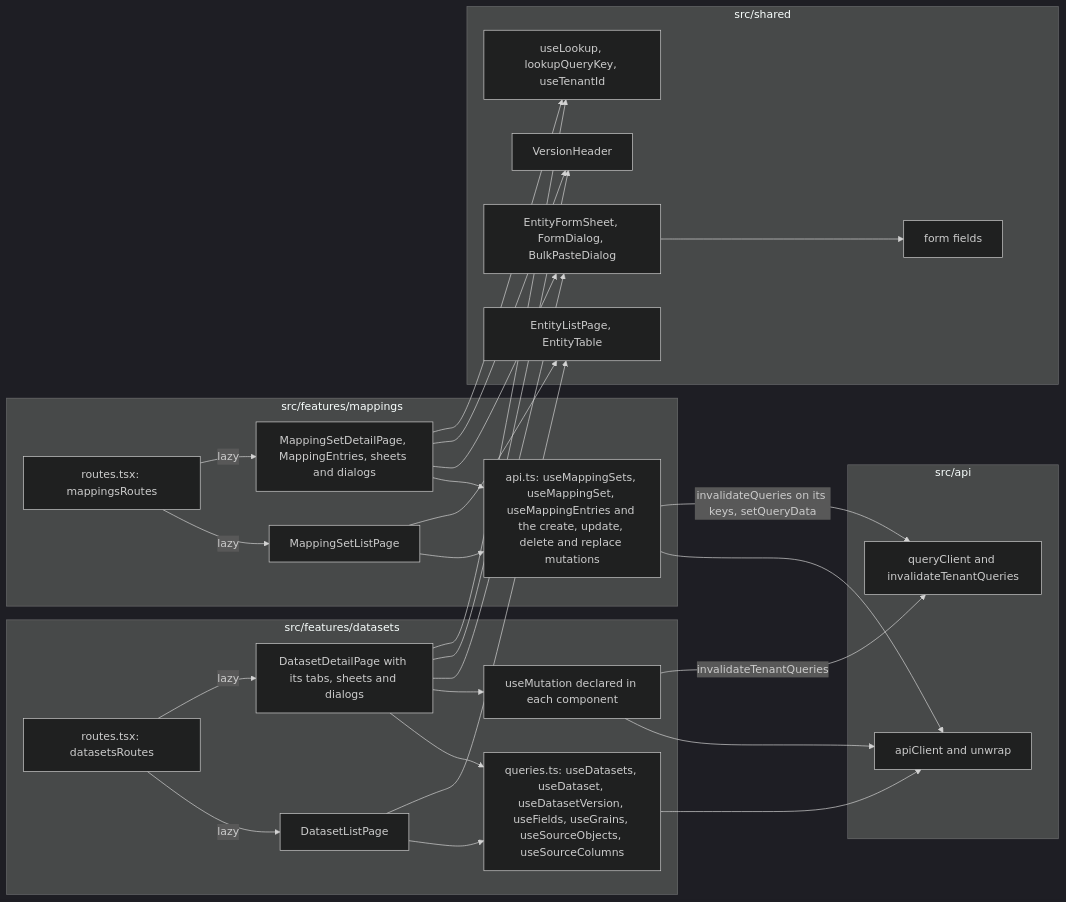
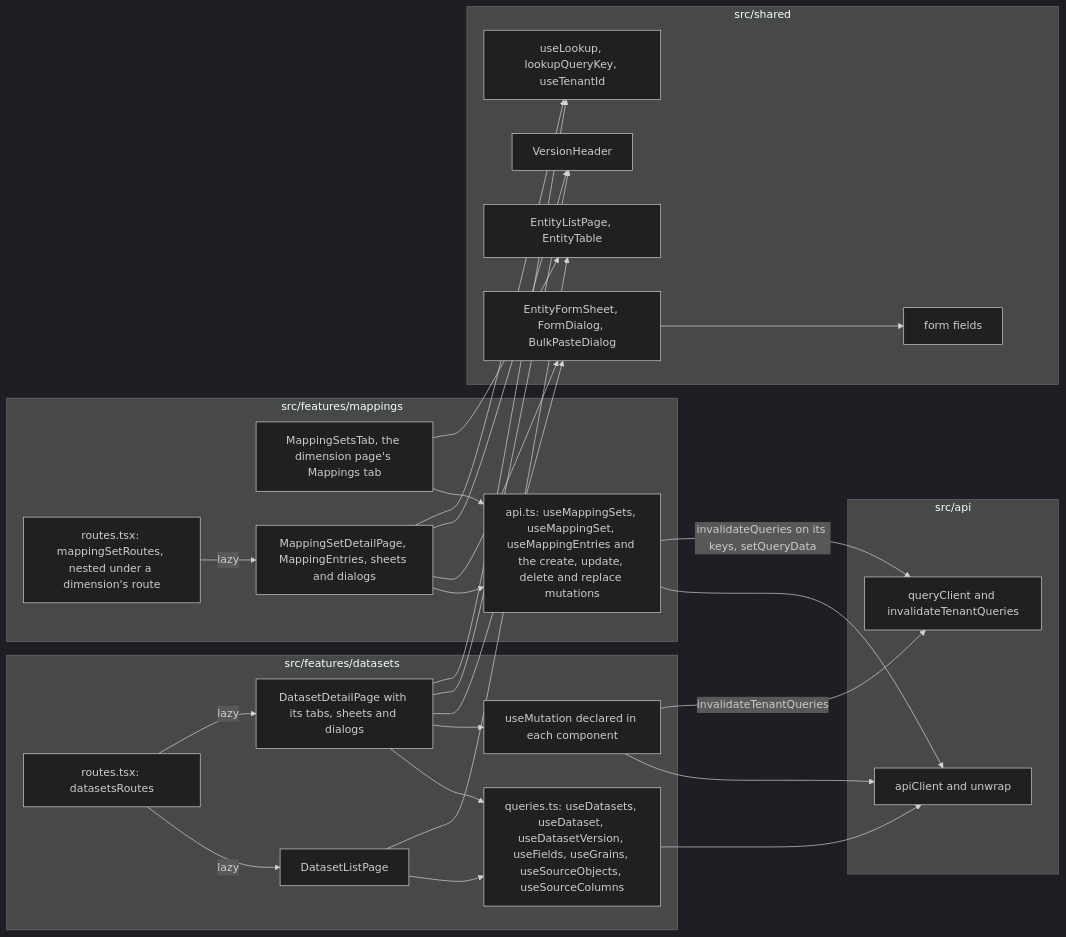
The fifth of 6 diagrams in web/docs/architecture/02-composition.md (chrisaliotta/Quantalytix.QueryEngine.Admin), drawn with Mermaid (dark theme) before and after one commit. The commit also changed other lines of this file and 42 other files, not shown here.

First line of the commit message:
feat: enhance API documentation and architecture for dimensions, mappings, and bridges

````diff
--- a/web/docs/architecture/02-composition.md
+++ b/web/docs/architecture/02-composition.md
@@ -171,50 +172,49 @@
 ```mermaid
 flowchart LR
     subgraph datasetsFeature ["src/features/datasets"]
         DatasetsRoutes["routes.tsx: datasetsRoutes"]
         DatasetList["DatasetListPage"]
         DatasetDetail["DatasetDetailPage with its tabs, sheets and dialogs"]
         DatasetQueries["queries.ts: useDatasets, useDataset, useDatasetVersion, useFields, useGrains, useSourceObjects, useSourceColumns"]
         InlineMutations["useMutation declared in each component"]
     end
     subgraph mappingsFeature ["src/features/mappings"]
-        MappingsRoutes["routes.tsx: mappingsRoutes"]
-        MappingList["MappingSetListPage"]
+        MappingsRoutes["routes.tsx: mappingSetRoutes, nested under a dimension's route"]
+        MappingList["MappingSetsTab, the dimension page's Mappings tab"]
         MappingDetail["MappingSetDetailPage, MappingEntries, sheets and dialogs"]
         MappingApi["api.ts: useMappingSets, useMappingSet, useMappingEntries and the create, update, delete and replace mutations"]
     end
     subgraph sharedBlocks ["src/shared"]
         ListBlocks["EntityListPage, EntityTable"]
         FormBlocks["EntityFormSheet, FormDialog, BulkPasteDialog"]
         VersionBlock["VersionHeader"]
         Fields["form fields"]
         SharedHooks["useLookup, lookupQueryKey, useTenantId"]
     end
     subgraph apiLayer ["src/api"]
         Client["apiClient and unwrap"]
         Cache["queryClient and invalidateTenantQueries"]
     end
     DatasetsRoutes -->|"lazy"| DatasetList
     DatasetsRoutes -->|"lazy"| DatasetDetail
     DatasetList --> DatasetQueries
     DatasetDetail --> DatasetQueries
     DatasetDetail --> InlineMutations
-    MappingsRoutes -->|"lazy"| MappingList
     MappingsRoutes -->|"lazy"| MappingDetail
     MappingList --> MappingApi
     MappingDetail --> MappingApi
     DatasetList --> ListBlocks
     DatasetDetail --> FormBlocks
     DatasetDetail --> VersionBlock
     MappingList --> ListBlocks
     MappingDetail --> FormBlocks
     MappingDetail --> VersionBlock
     FormBlocks --> Fields
     DatasetDetail --> SharedHooks
     MappingDetail --> SharedHooks
     DatasetQueries --> Client
     InlineMutations --> Client
     InlineMutations -->|"invalidateTenantQueries"| Cache
     MappingApi --> Client
     MappingApi -->|"invalidateQueries on its keys, setQueryData"| Cache
 ```
````
